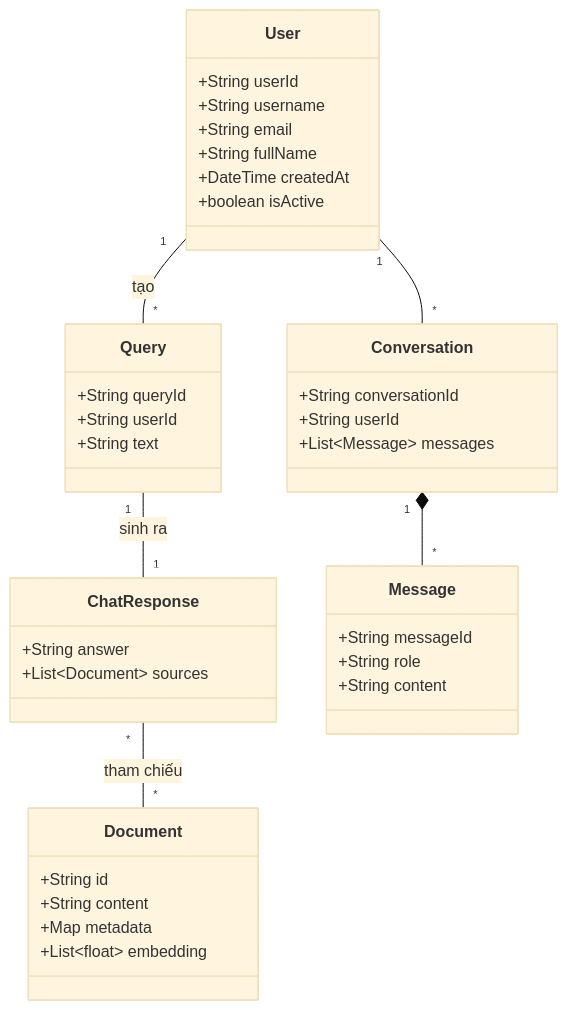
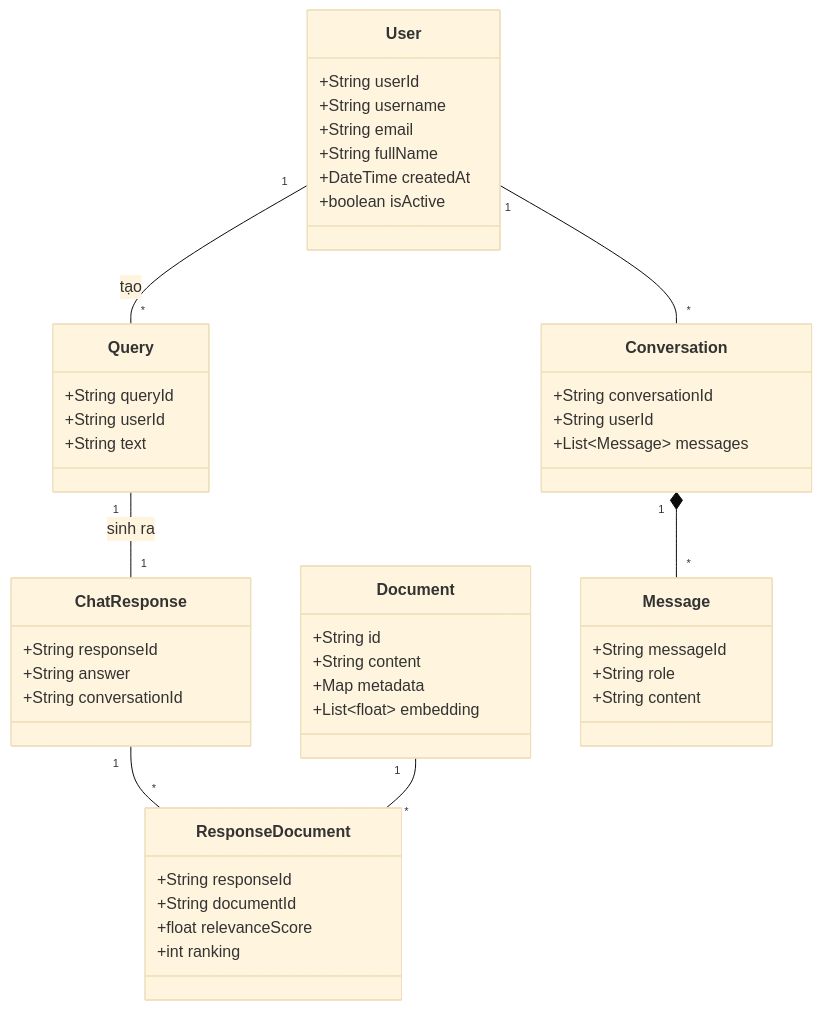
One commit to tvanle/Module2-HTTM changed the first of 16 diagrams in README.md. Above: the diagram before and after it, drawn with Mermaid (base theme). The commit also changed other lines of this file, not shown here.

````diff
--- a/README.md
+++ b/README.md
@@ -100,47 +127,56 @@
 ```mermaid
 classDiagram
     class User {
         +String userId
         +String username
         +String email
         +String fullName
         +DateTime createdAt
         +boolean isActive
     }
 
     class Document {
         +String id
         +String content
         +Map metadata
         +List~float~ embedding
     }
 
     class Query {
         +String queryId
         +String userId
         +String text
     }
 
     class ChatResponse {
+        +String responseId
         +String answer
-        +List~Document~ sources
+        +String conversationId
+    }
+
+    class ResponseDocument {
+        +String responseId
+        +String documentId
+        +float relevanceScore
+        +int ranking
     }
 
     class Conversation {
         +String conversationId
         +String userId
         +List~Message~ messages
     }
 
     class Message {
         +String messageId
         +String role
         +String content
     }
 
     User "1" -- "*" Conversation
     Conversation "1" *-- "*" Message
     User "1" -- "*" Query : tạo
     Query "1" -- "1" ChatResponse : sinh ra
-    ChatResponse "*" -- "*" Document : tham chiếu
+    ChatResponse "1" -- "*" ResponseDocument
+    Document "1" -- "*" ResponseDocument
 ```
````
